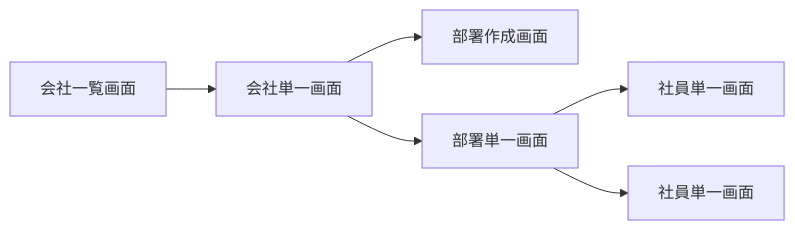
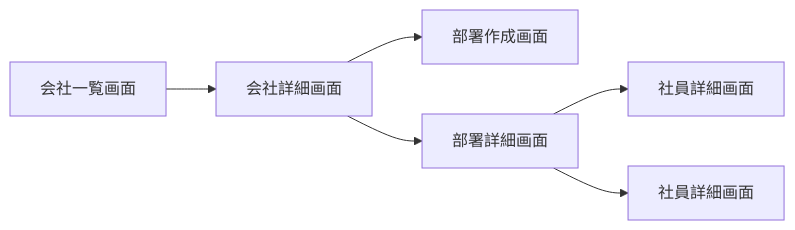
The third of 5 diagrams in 04-practice-only-frontend/README.md (seekseep/webapp-handson-2025), drawn with Mermaid before and after one commit. The commit also changed 2 other files, not shown here.

Commit message:
演習の修正

````diff
--- a/04-practice-only-frontend/README.md
+++ b/04-practice-only-frontend/README.md
@@ -69,8 +69,8 @@
 ```mermaid
 graph LR
-  CompanyCollection[会社一覧画面] --> CompanySingle[会社単一画面]
+  CompanyCollection[会社一覧画面] --> CompanySingle[会社詳細画面]
   CompanySingle --> TeamCreate[部署作成画面]
-  CompanySingle --> TeamSingle[部署単一画面]
-  TeamSingle --> EmployeeSingle[社員単一画面]
-  TeamSingle --> EmployeeNew[社員単一画面]
+  CompanySingle --> TeamSingle[部署詳細画面]
+  TeamSingle --> EmployeeSingle[社員詳細画面]
+  TeamSingle --> EmployeeNew[社員詳細画面]
 ```
````
